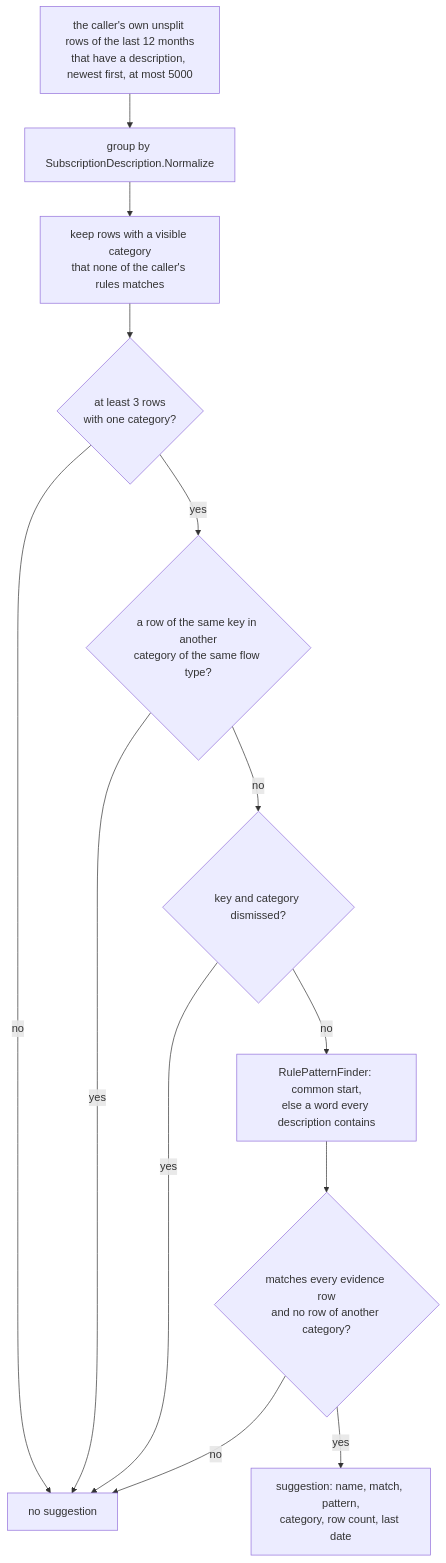
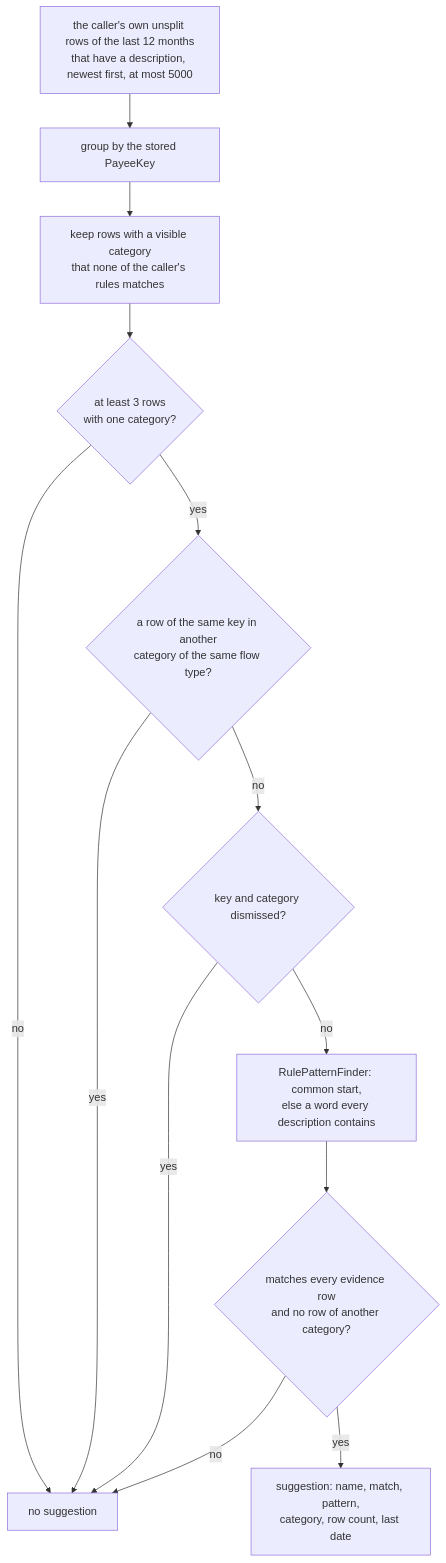
Before and after one commit to Justxs/Jx-Finance: the fifth of 5 diagrams in docs/features/categorization-rules.md, drawn with Mermaid. The commit also changed other lines of this file and 65 other files, not shown here.

````diff
--- a/docs/features/categorization-rules.md
+++ b/docs/features/categorization-rules.md
@@ -169,15 +169,15 @@
 ```mermaid
 flowchart TD
-    Rows["the caller's own unsplit rows of the last 12 months<br/>that have a description, newest first, at most 5000"] --> Key["group by SubscriptionDescription.Normalize"]
+    Rows["the caller's own unsplit rows of the last 12 months<br/>that have a description, newest first, at most 5000"] --> Key["group by the stored PayeeKey"]
     Key --> Hand["keep rows with a visible category<br/>that none of the caller's rules matches"]
     Hand --> Three{"at least 3 rows<br/>with one category?"}
     Three -->|"no"| Skip["no suggestion"]
     Three -->|"yes"| Other{"a row of the same key in another<br/>category of the same flow type?"}
     Other -->|"yes"| Skip
     Other -->|"no"| Dismissed{"key and category dismissed?"}
     Dismissed -->|"yes"| Skip
     Dismissed -->|"no"| Pattern["RulePatternFinder: common start,<br/>else a word every description contains"]
     Pattern --> Check{"matches every evidence row<br/>and no row of another category?"}
     Check -->|"no"| Skip
     Check -->|"yes"| Offer["suggestion: name, match, pattern,<br/>category, row count, last date"]
 ```
````
